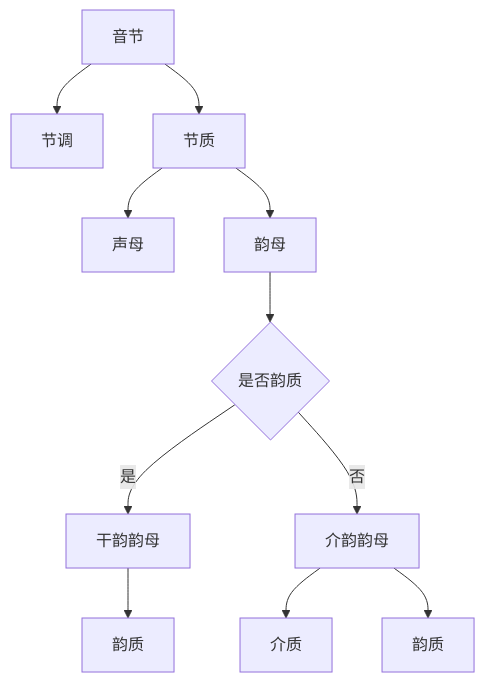
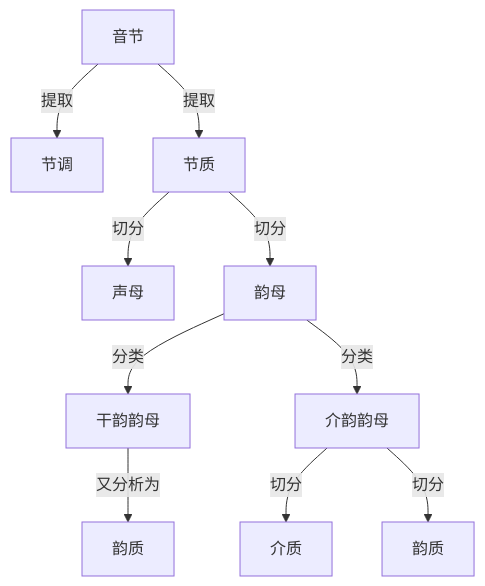
Before and after one commit to tsaanghwang/Yime-prototype: the diagram in YIME_Theory/flowchart/二式一调三质分析.mmd, drawn with Mermaid. The commit also changed 9 other files, not shown here.

```diff
--- a/YIME_Theory/flowchart/二式一调三质分析.mmd
+++ b/YIME_Theory/flowchart/二式一调三质分析.mmd
@@ -1,11 +1,10 @@
 graph TB
-    A[音节] --> B[节调]
-    A --> C[节质]
-    C --> D[声母]
-    C --> E[韵母]
-    E --> F{是否韵质}
-    F --> |是|G[干韵韵母]
-    G --> I[韵质]
-    F --> |否|H[介韵韵母]
-    H --> J[介质]
-    H --> K[韵质]
+    A[音节] --> |提取|B[节调]
+    A --> |提取|C[节质]
+    C --> |切分|D[声母]
+    C --> |切分|E[韵母]
+    E --> |分类|F[干韵韵母]
+    E --> |分类|G[介韵韵母]
+    F --> |又分析为|H[韵质]
+    G --> |切分|I[介质]
+    G --> |切分|J[韵质]
```
